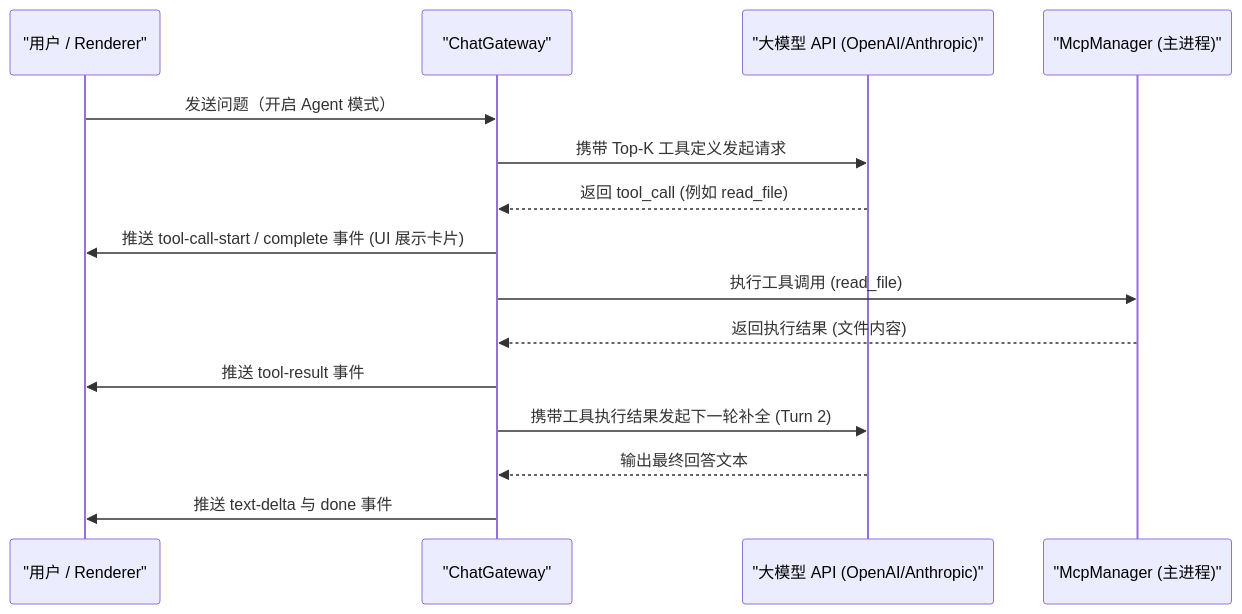
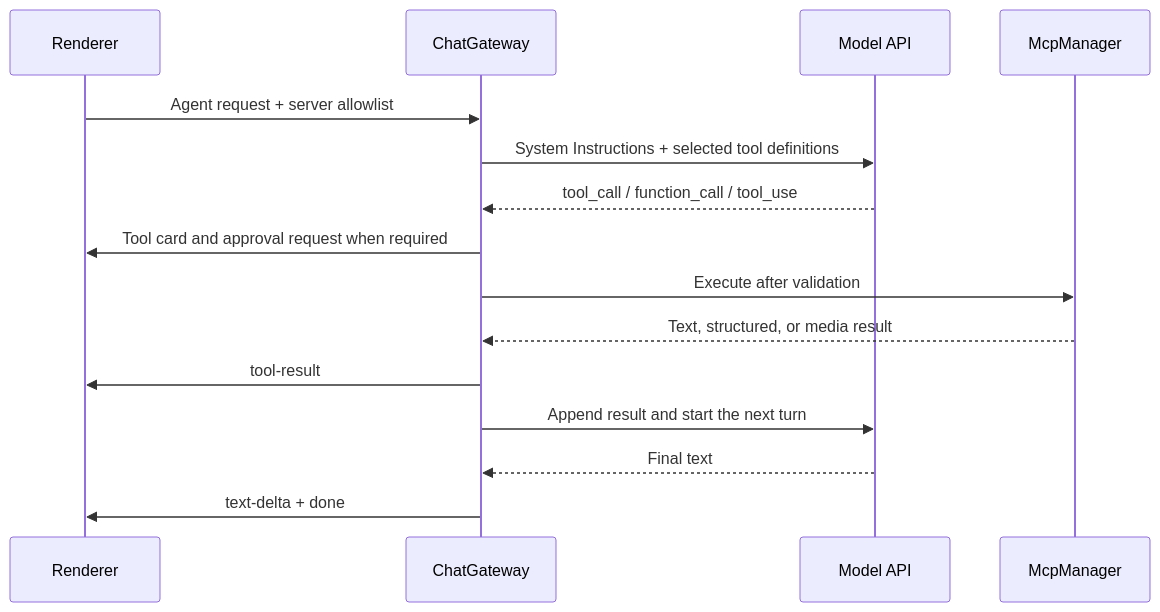
The diagram in docs/mcp-integration.md (ac-1e9plus7/agent-box), drawn with Mermaid before and after one commit. The commit also changed other lines of this file and 39 other files, not shown here.

````diff
--- a/docs/mcp-integration.md
+++ b/docs/mcp-integration.md
@@ -58,18 +69,18 @@
 ```mermaid
 sequenceDiagram
-    participant User as "用户 / Renderer"
-    participant GW as "ChatGateway"
-    participant Model as "大模型 API (OpenAI/Anthropic)"
-    participant MCP as "McpManager (主进程)"
+    participant User as Renderer
+    participant GW as ChatGateway
+    participant Model as Model API
+    participant MCP as McpManager
 
-    User->>GW: 发送问题（开启 Agent 模式）
-    GW->>Model: 携带 Top-K 工具定义发起请求
-    Model-->>GW: 返回 tool_call (例如 read_file)
-    GW->>User: 推送 tool-call-start / complete 事件 (UI 展示卡片)
-    GW->>MCP: 执行工具调用 (read_file)
-    MCP-->>GW: 返回执行结果 (文件内容)
-    GW->>User: 推送 tool-result 事件
-    GW->>Model: 携带工具执行结果发起下一轮补全 (Turn 2)
-    Model-->>GW: 输出最终回答文本
-    GW->>User: 推送 text-delta 与 done 事件
+    User->>GW: Agent request + server allowlist
+    GW->>Model: System Instructions + selected tool definitions
+    Model-->>GW: tool_call / function_call / tool_use
+    GW->>User: Tool card and approval request when required
+    GW->>MCP: Execute after validation
+    MCP-->>GW: Text, structured, or media result
+    GW->>User: tool-result
+    GW->>Model: Append result and start the next turn
+    Model-->>GW: Final text
+    GW->>User: text-delta + done
 ```
````
